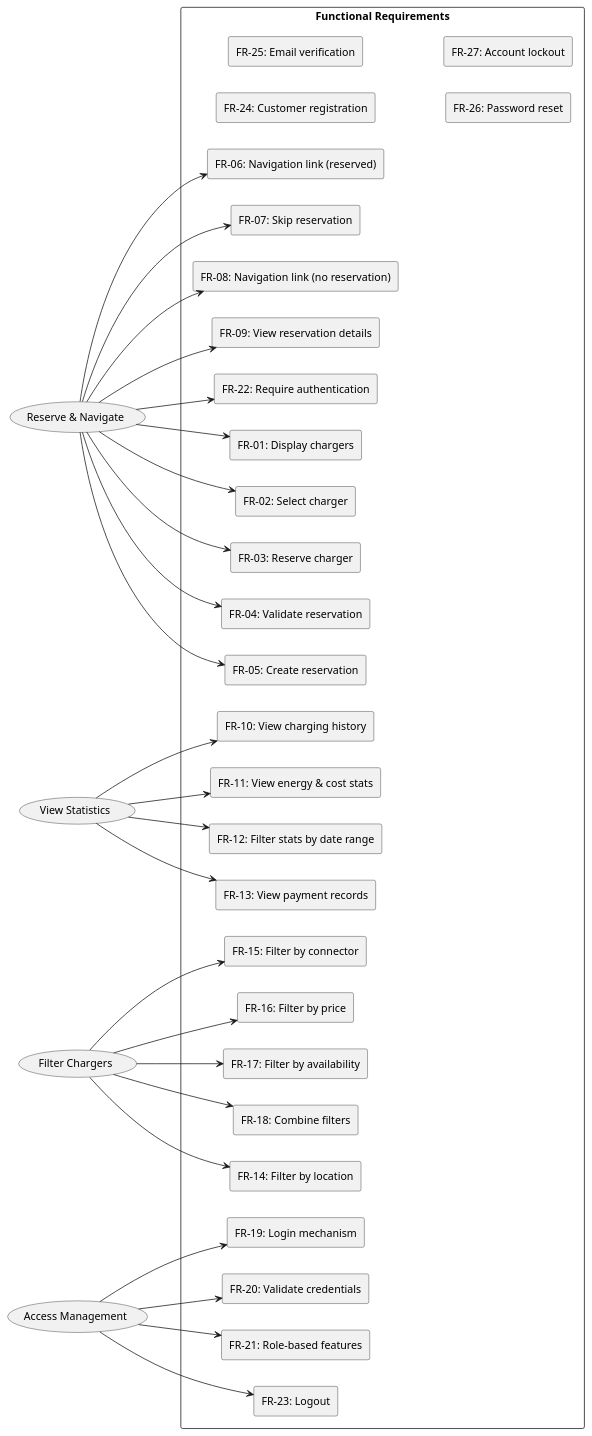
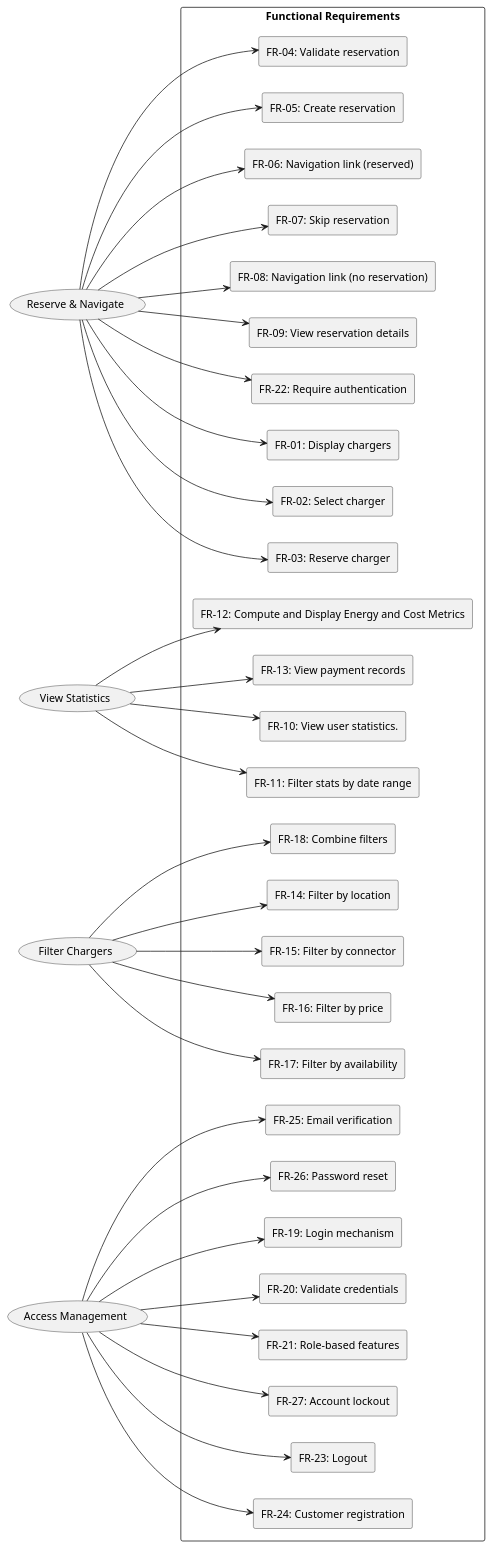
Diagram 11 of 12 in documentation/srs.md (LedgerGhost/WattApp), drawn with PlantUML before and after one commit. The commit also changed other lines of this file, not shown here.

Commit message:
Revise functional requirements in SRS document
Updated the functional requirements section in the SRS document to clarify user statistics and metrics.

````diff
--- a/documentation/srs.md
+++ b/documentation/srs.md
@@ -1062,72 +1062,76 @@
 ```plantuml
 @startuml
 left to right direction
 skinparam packageStyle rectangle
 
 usecase "Reserve & Navigate" as UC1
 usecase "View Statistics" as UC2
 usecase "Filter Chargers" as UC3
 usecase "Access Management" as UC4
 
 package "Functional Requirements" {
 
   rectangle FR01 as "FR-01: Display chargers" 
   rectangle FR02 as "FR-02: Select charger"
   rectangle FR03 as "FR-03: Reserve charger"
   rectangle FR04 as "FR-04: Validate reservation"
   rectangle FR05 as "FR-05: Create reservation"
   rectangle FR06 as "FR-06: Navigation link (reserved)"
   rectangle FR07 as "FR-07: Skip reservation"
   rectangle FR08 as "FR-08: Navigation link (no reservation)"
   rectangle FR09 as "FR-09: View reservation details"
 
-  rectangle FR10 as "FR-10: View charging history"
-  rectangle FR11 as "FR-11: View energy & cost stats"
-  rectangle FR12 as "FR-12: Filter stats by date range"
+  rectangle FR10 as "FR-10: View user statistics."
+  rectangle FR11 as "FR-11: Filter stats by date range"
+  rectangle FR12 as "FR-12: Compute and Display Energy and Cost Metrics"
   rectangle FR13 as "FR-13: View payment records"
 
   rectangle FR14 as "FR-14: Filter by location"
   rectangle FR15 as "FR-15: Filter by connector"
   rectangle FR16 as "FR-16: Filter by price"
   rectangle FR17 as "FR-17: Filter by availability"
   rectangle FR18 as "FR-18: Combine filters"
 
   rectangle FR19 as "FR-19: Login mechanism"
   rectangle FR20 as "FR-20: Validate credentials"
   rectangle FR21 as "FR-21: Role-based features"
   rectangle FR22 as "FR-22: Require authentication"
   rectangle FR23 as "FR-23: Logout"
   rectangle FR24 as "FR-24: Customer registration"
   rectangle FR25 as "FR-25: Email verification"
   rectangle FR26 as "FR-26: Password reset"
   rectangle FR27 as "FR-27: Account lockout"
 }
 
 UC1 --> FR01
 UC1 --> FR02
 UC1 --> FR03
 UC1 --> FR04
 UC1 --> FR05
 UC1 --> FR06
 UC1 --> FR07
 UC1 --> FR08
 UC1 --> FR09
 UC1 --> FR22
 
 UC2 --> FR10
 UC2 --> FR11
 UC2 --> FR12
 UC2 --> FR13
 
 UC3 --> FR14
 UC3 --> FR15
 UC3 --> FR16
 UC3 --> FR17
 UC3 --> FR18
 
 UC4 --> FR19
 UC4 --> FR20
 UC4 --> FR21
 UC4 --> FR23
+UC4 --> FR24
+UC4 --> FR25
+UC4 --> FR26
+UC4 --> FR27
 @enduml
 ```
````
